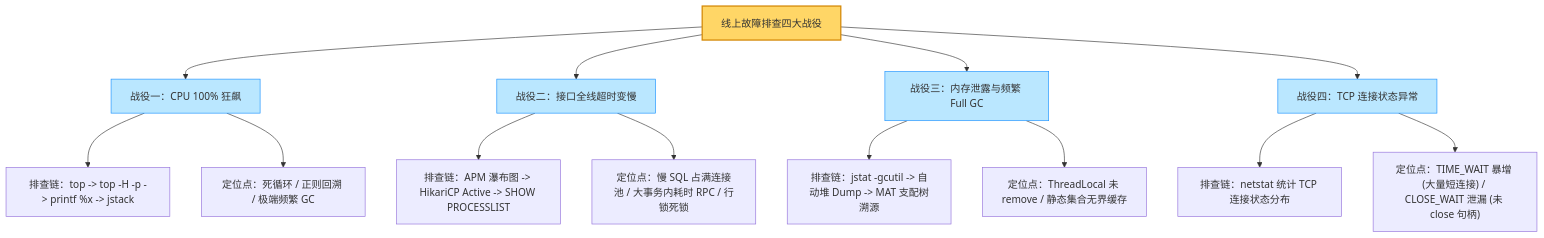
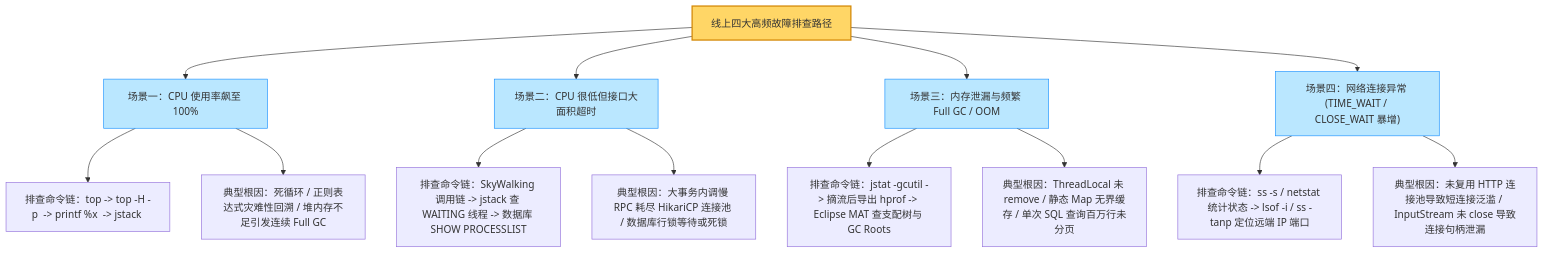
The second of 3 diagrams in 20-Java后端/10-知识串联与专题/08-线上故障排查全链路.md (GuoWWWX/knowledge-base), drawn with Mermaid before and after one commit. The commit also changed other lines of this file and 251 other files, not shown here.

````diff
--- a/20-Java后端/10-知识串联与专题/08-线上故障排查全链路.md
+++ b/20-Java后端/10-知识串联与专题/08-线上故障排查全链路.md
@@ -53,23 +54,23 @@
 ```mermaid
 flowchart TD
     classDef root fill:#ffd666,stroke:#d48806,stroke-width:2px;
     classDef battle fill:#bae7ff,stroke:#1890ff,stroke-width:1px;
 
-    Trouble["线上故障排查四大战役"]:::root
+    Trouble["线上四大高频故障排查路径"]:::root
 
-    Trouble --> B1["战役一：CPU 100% 狂飙"]:::battle
-    B1 --> B11["排查链：top -> top -H -p -> printf %x -> jstack"]
-    B1 --> B12["定位点：死循环 / 正则回溯 / 极端频繁 GC"]
+    Trouble --> B1["场景一：CPU 使用率飙至 100%"]:::battle
+    B1 --> B11["排查命令链：top -> top -H -p <PID> -> printf %x <TID> -> jstack <PID>"]
+    B1 --> B12["典型根因：死循环 / 正则表达式灾难性回溯 / 堆内存不足引发连续 Full GC"]
 
-    Trouble --> B2["战役二：接口全线超时变慢"]:::battle
-    B2 --> B21["排查链：APM 瀑布图 -> HikariCP Active -> SHOW PROCESSLIST"]
-    B2 --> B22["定位点：慢 SQL 占满连接池 / 大事务内耗时 RPC / 行锁死锁"]
+    Trouble --> B2["场景二：CPU 很低但接口大面积超时"]:::battle
+    B2 --> B21["排查命令链：SkyWalking 调用链 -> jstack 查 WAITING 线程 -> 数据库 SHOW PROCESSLIST"]
+    B2 --> B22["典型根因：大事务内调慢 RPC 耗尽 HikariCP 连接池 / 数据库行锁等待或死锁"]
 
-    Trouble --> B3["战役三：内存泄露与频繁 Full GC"]:::battle
-    B3 --> B31["排查链：jstat -gcutil -> 自动堆 Dump -> MAT 支配树溯源"]
-    B3 --> B32["定位点：ThreadLocal 未 remove / 静态集合无界缓存"]
+    Trouble --> B3["场景三：内存泄漏与频繁 Full GC / OOM"]:::battle
+    B3 --> B31["排查命令链：jstat -gcutil -> 摘流后导出 hprof -> Eclipse MAT 查支配树与 GC Roots"]
+    B3 --> B32["典型根因：ThreadLocal 未 remove / 静态 Map 无界缓存 / 单次 SQL 查询百万行未分页"]
 
-    Trouble --> B4["战役四：TCP 连接状态异常"]:::battle
-    B4 --> B41["排查链：netstat 统计 TCP 连接状态分布"]
-    B4 --> B42["定位点：TIME_WAIT 暴增 (大量短连接) / CLOSE_WAIT 泄漏 (未 close 句柄)"]
+    Trouble --> B4["场景四：网络连接异常 (TIME_WAIT / CLOSE_WAIT 暴增)"]:::battle
+    B4 --> B41["排查命令链：ss -s / netstat 统计状态 -> lsof -i / ss -tanp 定位远端 IP 端口"]
+    B4 --> B42["典型根因：未复用 HTTP 连接池导致短连接泛滥 / InputStream 未 close 导致连接句柄泄漏"]
 ```
````
